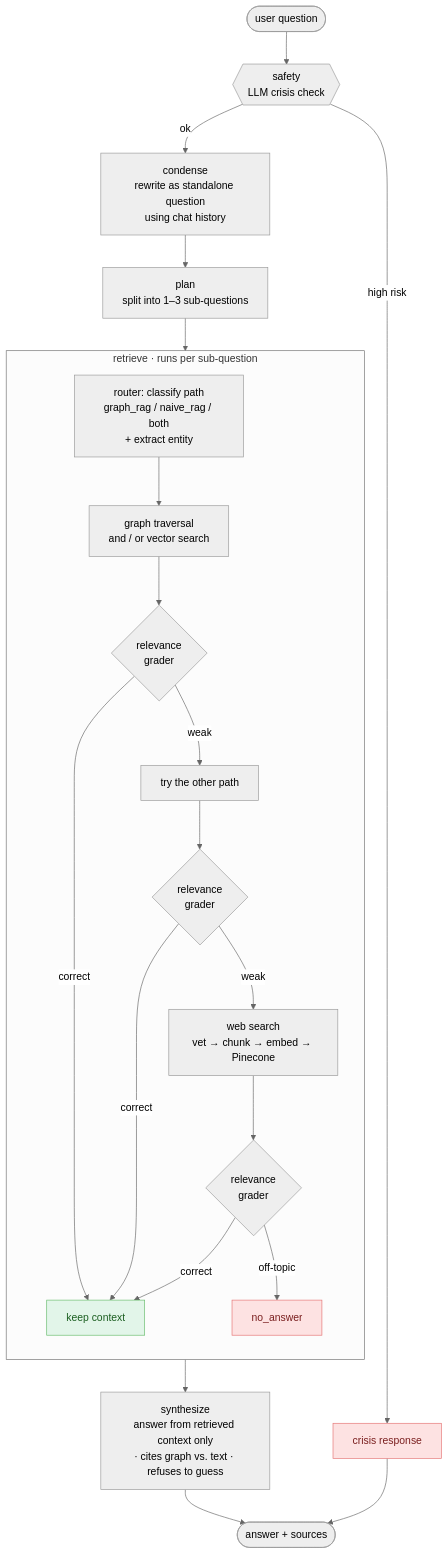
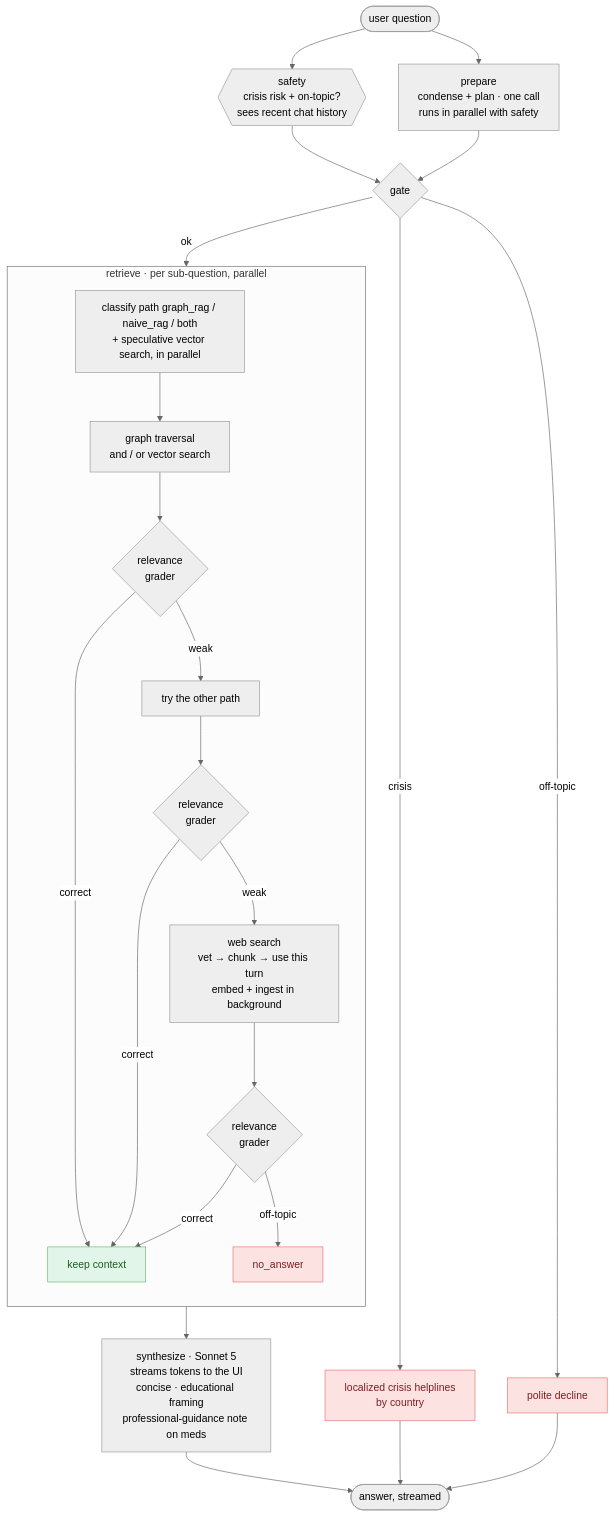
The diagram in assets/pipeline.mmd (dimitrichakma/mental-health-chatbot), drawn with Mermaid (neutral theme) before and after one commit. The commit also changed 2 other files, not shown here.

Commit message:
regenerate agent_graph.png and pipeline.png for the current architecture
Reflects: parallel safety + prepare (condense+plan merged) joined at gate,
crisis/off-topic split, speculative classify+vector retrieval, backgrounded
web-fallback ingestion, streamed synthesis with the concise/educational/
professional-guidance framing.

Claude-Session: https://claude.ai/code/session_01Rw3rVnLbSmgmH5EQ5gdcJZ

```diff
--- a/assets/pipeline.mmd
+++ b/assets/pipeline.mmd
@@ -1,27 +1,30 @@
 flowchart TD
-    Q([user question]) --> SAFE{{safety<br/>LLM crisis check}}
-    SAFE -->|high risk| CRISIS[crisis response]:::stop
-    SAFE -->|ok| COND[condense<br/>rewrite as standalone question<br/>using chat history]
-    COND --> PLAN[plan<br/>split into 1–3 sub-questions]
-    PLAN --> RET
+    Q([user question]) --> SAFE{{safety<br/>crisis risk + on-topic?<br/>sees recent chat history}}
+    Q --> PREP[prepare<br/>condense + plan · one call<br/>runs in parallel with safety]
+    SAFE --> GATE{gate}
+    PREP --> GATE
+    GATE -->|crisis| CRISIS[localized crisis helplines<br/>by country]:::stop
+    GATE -->|off-topic| REFUSE[polite decline]:::stop
+    GATE -->|ok| RET
 
-    subgraph RET [retrieve · runs per sub-question]
+    subgraph RET [retrieve · per sub-question, parallel]
         direction TB
-        CLS[router: classify path<br/>graph_rag / naive_rag / both<br/>+ extract entity] --> R1[graph traversal<br/>and / or vector search]
+        SPEC[classify path graph_rag / naive_rag / both<br/>+ speculative vector search, in parallel] --> R1[graph traversal<br/>and / or vector search]
         R1 --> GR1{relevance<br/>grader}
         GR1 -->|correct| KEEP[keep context]:::ok
         GR1 -->|weak| ALT[try the other path]
         ALT --> GR2{relevance<br/>grader}
         GR2 -->|correct| KEEP
-        GR2 -->|weak| WEB[web search<br/>vet → chunk → embed → Pinecone]
+        GR2 -->|weak| WEB[web search<br/>vet → chunk → use this turn<br/>embed + ingest in background]
         WEB --> GR3{relevance<br/>grader}
         GR3 -->|correct| KEEP
         GR3 -->|off-topic| NA[no_answer]:::stop
     end
 
-    RET --> SYN[synthesize<br/>answer from retrieved context only<br/>· cites graph vs. text · refuses to guess]
-    SYN --> A([answer + sources])
+    RET --> SYN[synthesize · Sonnet 5<br/>streams tokens to the UI<br/>concise · educational framing<br/>professional-guidance note on meds]
+    SYN --> A([answer, streamed])
     CRISIS --> A
+    REFUSE --> A
 
     classDef stop fill:#fde2e2,stroke:#e57373,color:#7a1f1f;
     classDef ok fill:#e2f5e9,stroke:#66bb6a,color:#1b5e20;
```
